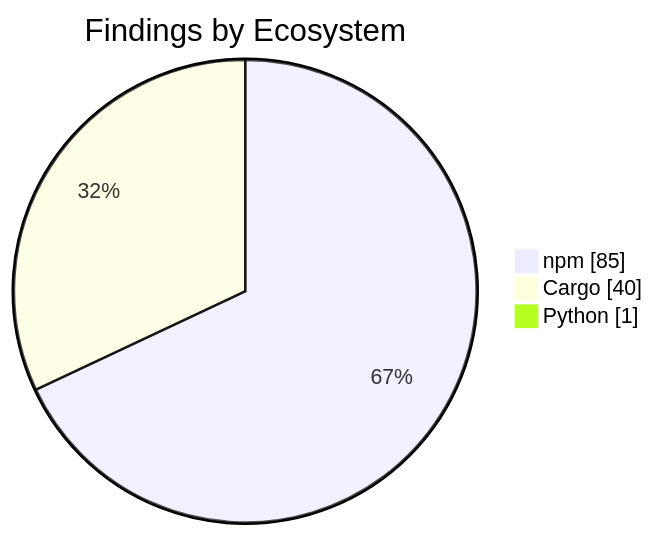
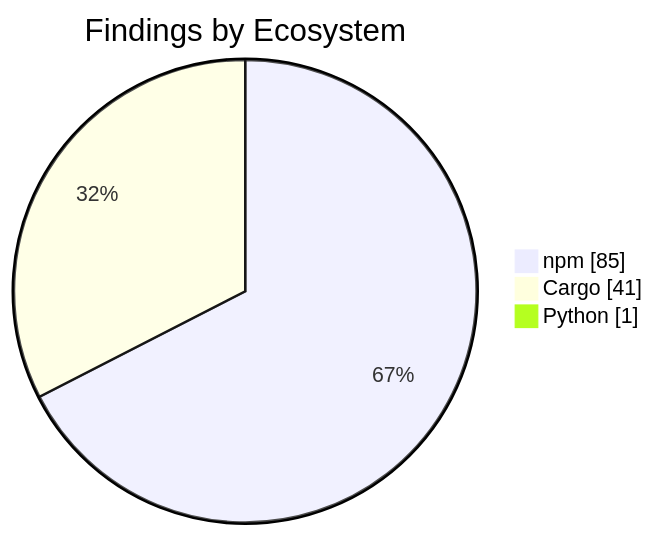
One commit to KBVE/kbve changed the second of 2 diagrams in apps/kbve/astro-kbve/src/content/docs/dashboard/security.mdx. Above: the diagram before and after it, drawn with Mermaid. The commit also changed other lines of this file and 7 other files, not shown here.

````diff
--- a/apps/kbve/astro-kbve/src/content/docs/dashboard/security.mdx
+++ b/apps/kbve/astro-kbve/src/content/docs/dashboard/security.mdx
@@ -73,7 +73,7 @@
 ```mermaid
 pie showData
     title Findings by Ecosystem
     "npm" : 85
-    "Cargo" : 40
+    "Cargo" : 41
     "Python" : 1
 ```
````
